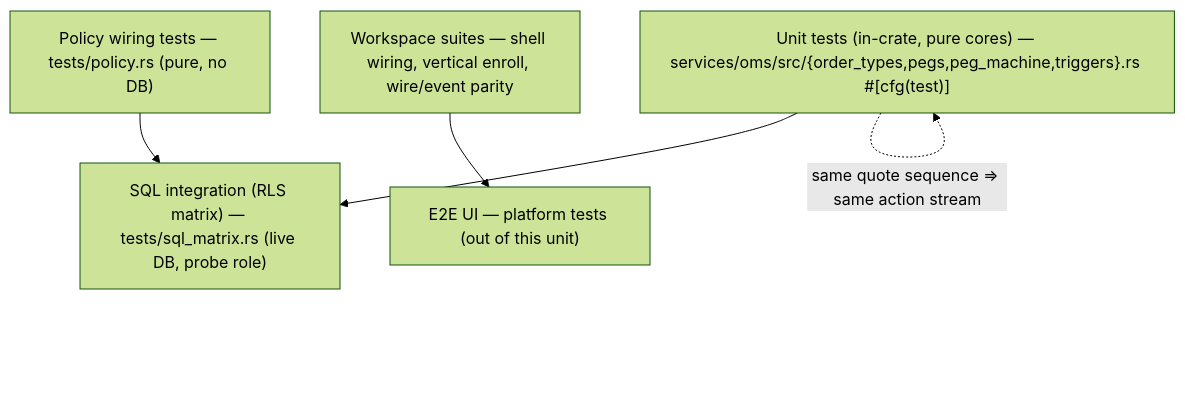
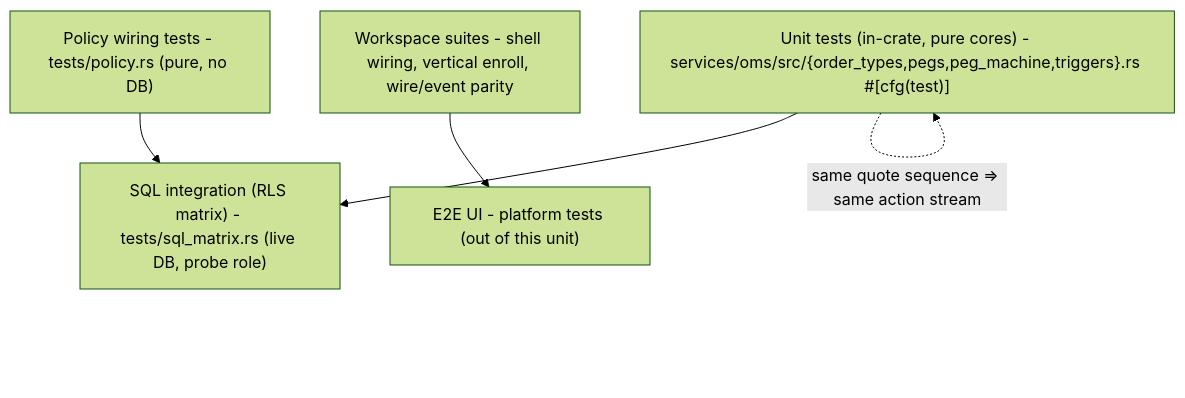
Diagram 16 of 16 in DESIGN.md (Exchange8-dev/exchange8-oms), drawn with Mermaid (forest theme) before and after one commit. The commit also changed other lines of this file and 22 other files, not shown here.

````diff
--- a/DESIGN.md
+++ b/DESIGN.md
@@ -786,12 +786,12 @@
 ```mermaid
 graph TD
-    U["Unit tests (in-crate, pure cores) — services/oms/src/{order_types,pegs,peg_machine,triggers}.rs #[cfg(test)]"]
-    P["Policy wiring tests — tests/policy.rs (pure, no DB)"]
-    S["SQL integration (RLS matrix) — tests/sql_matrix.rs (live DB, probe role)"]
-    G["Workspace suites — shell wiring, vertical enroll, wire/event parity"]
-    E2EUI["E2E UI — platform tests (out of this unit)"]
+    U["Unit tests (in-crate, pure cores) - services/oms/src/{order_types,pegs,peg_machine,triggers}.rs #[cfg(test)]"]
+    P["Policy wiring tests - tests/policy.rs (pure, no DB)"]
+    S["SQL integration (RLS matrix) - tests/sql_matrix.rs (live DB, probe role)"]
+    G["Workspace suites - shell wiring, vertical enroll, wire/event parity"]
+    E2EUI["E2E UI - platform tests (out of this unit)"]
     U --> S
     P --> S
     G --> E2EUI
     U -.->|"same quote sequence ⇒ same action stream"| U
 ```
````
